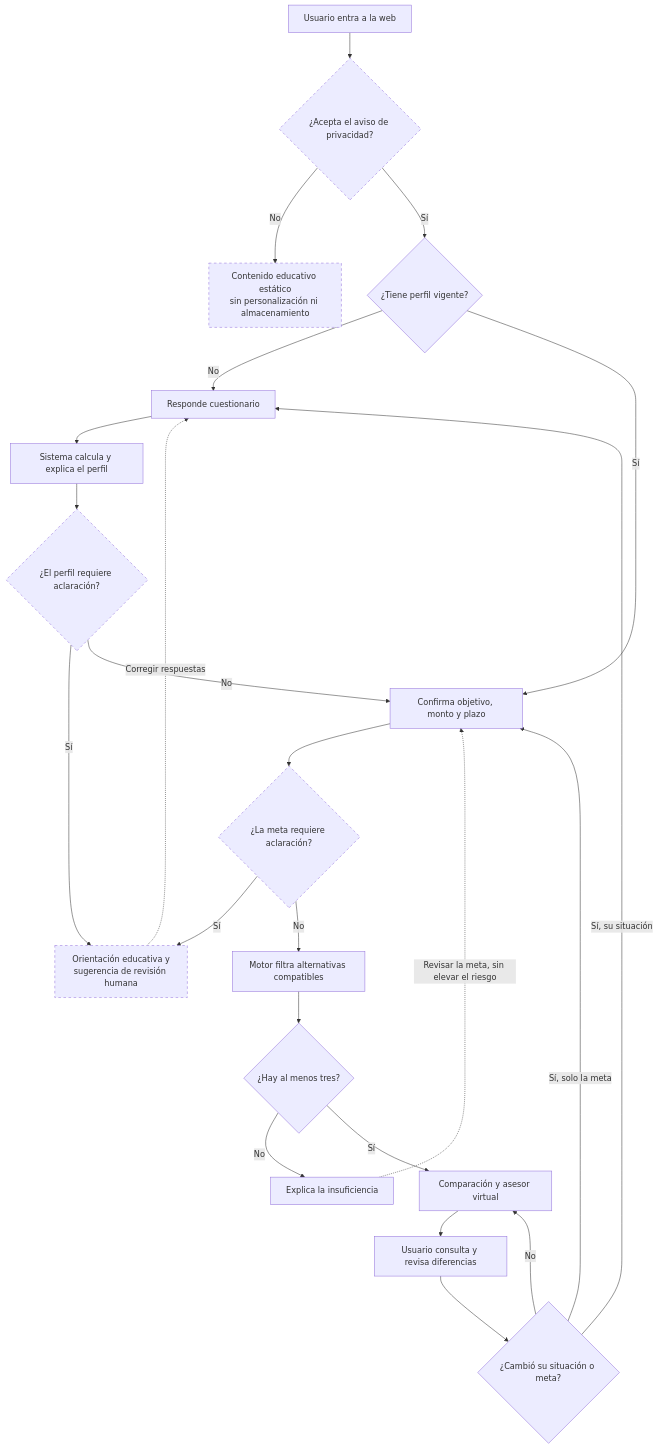
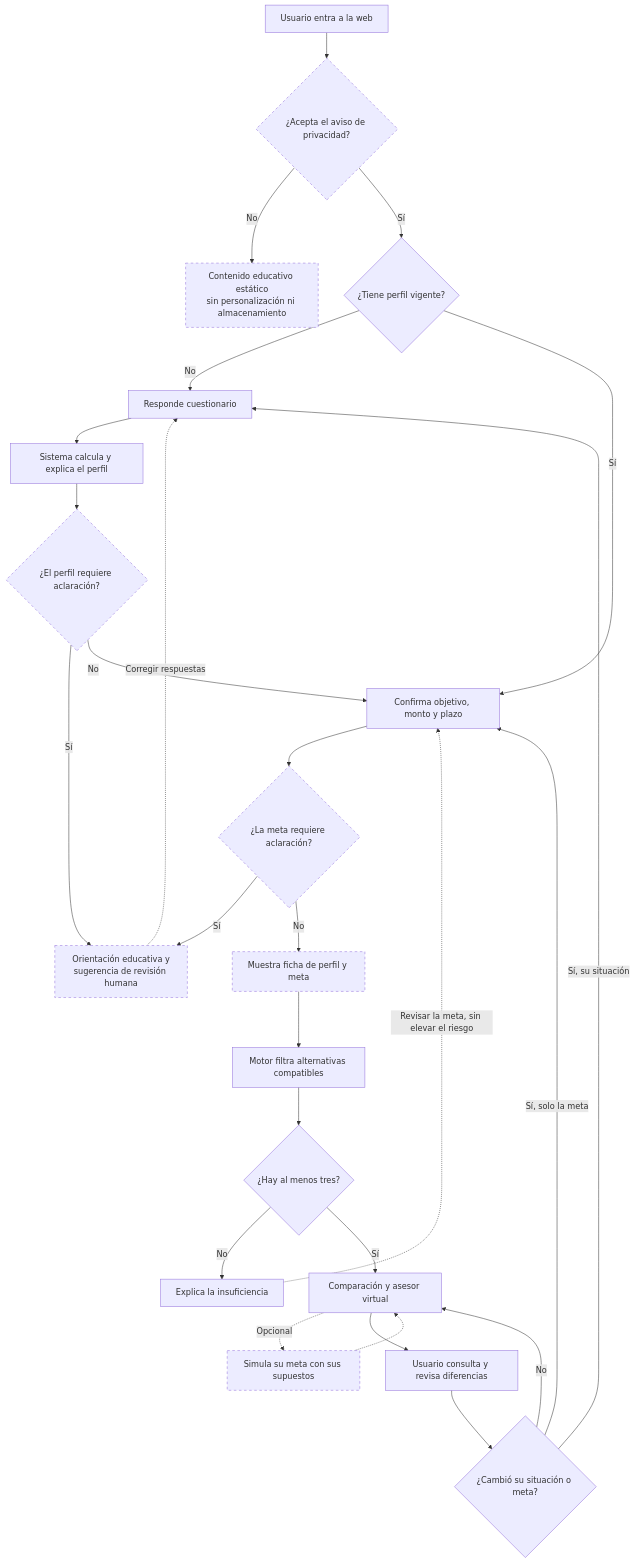
One commit to dompani/Brujula changed the first of 2 diagrams in SPEC.md. Above: the diagram before and after it, drawn with Mermaid. The commit also changed other lines of this file, not shown here.

First line of the commit message:
SPEC v1.2: ficha de perfil y meta a partir del caso Emiliana

````diff
--- a/SPEC.md
+++ b/SPEC.md
@@ -201,28 +251,31 @@
 ```mermaid
 flowchart TD
     A["Usuario entra a la web"] --> C0{"¿Acepta el aviso de privacidad?"}
     C0 -->|No| ED0["Contenido educativo estático<br/>sin personalización ni almacenamiento"]
     C0 -->|Sí| B{"¿Tiene perfil vigente?"}
     B -->|No| Q["Responde cuestionario"]
     B -->|Sí| M["Confirma objetivo, monto y plazo"]
     Q --> P["Sistema calcula y explica el perfil"]
     P --> GA{"¿El perfil requiere aclaración?"}
     GA -->|Sí| H["Orientación educativa y<br/>sugerencia de revisión humana"]
     GA -->|No| M
     H -.->|Corregir respuestas| Q
     M --> GB{"¿La meta requiere aclaración?"}
     GB -->|Sí| H
-    GB -->|No| F["Motor filtra alternativas compatibles"]
+    GB -->|No| FI["Muestra ficha de perfil y meta"]
+    FI --> F["Motor filtra alternativas compatibles"]
     F --> T{"¿Hay al menos tres?"}
     T -->|No| I["Explica la insuficiencia"]
     I -.->|Revisar la meta, sin elevar el riesgo| M
     T -->|Sí| CMP["Comparación y asesor virtual"]
+    CMP -.->|Opcional| SIM["Simula su meta con sus supuestos"]
+    SIM -.-> CMP
     CMP --> U["Usuario consulta y revisa diferencias"]
     U --> CH{"¿Cambió su situación o meta?"}
     CH -->|Sí, su situación| Q
     CH -->|Sí, solo la meta| M
     CH -->|No| CMP
 
     classDef nuevo stroke-dasharray: 5 5;
-    class C0,ED0,GA,GB,H nuevo;
+    class C0,ED0,GA,GB,H,FI,SIM nuevo;
 ```
````
